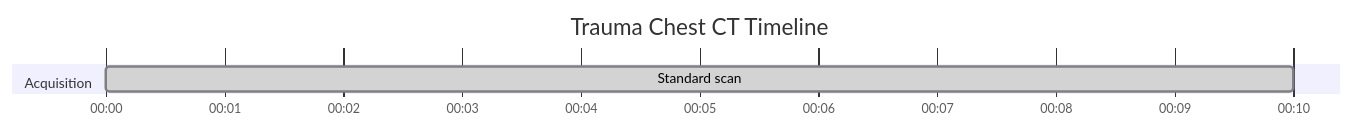
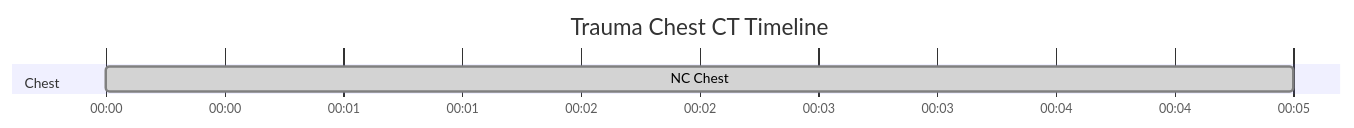
Before and after one commit to dfergs93/radiology-protocols: the diagram in docs/ct/trauma/trauma-chest-ct.md, drawn with Mermaid. The commit also changed 101 other files, not shown here.

````diff
--- a/docs/ct/trauma/trauma-chest-ct.md
+++ b/docs/ct/trauma/trauma-chest-ct.md
@@ -70,13 +70,15 @@
   ```mermaid
   ---
+  displayMode: compact
   config:
     theme: default
+    themeCSS: " #Saline{ fill: #4ed5ff; stroke: #2094f3; } "
   ---
     gantt
       title Trauma Chest CT Timeline
       dateFormat mm:ss
       axisFormat %M:%S 
       
-      section Acquisition
-      Standard scan    :done, scan1, 00:00, 10s
+      section Chest
+      NC Chest    :done, scan1, 00:00, 5s
   ```
````
